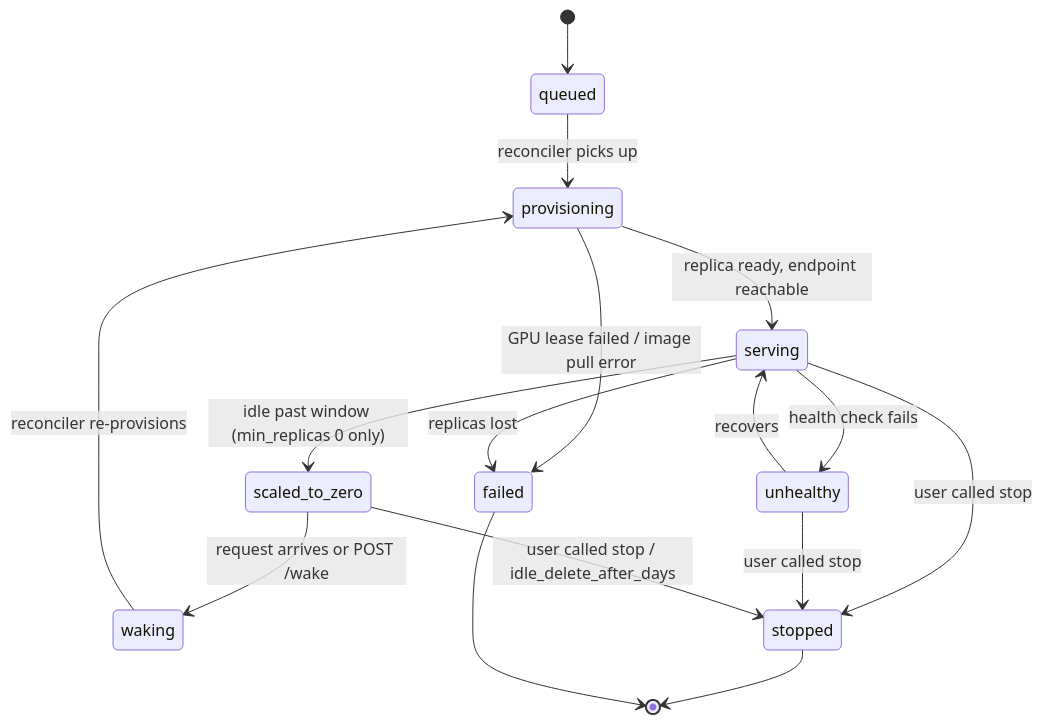
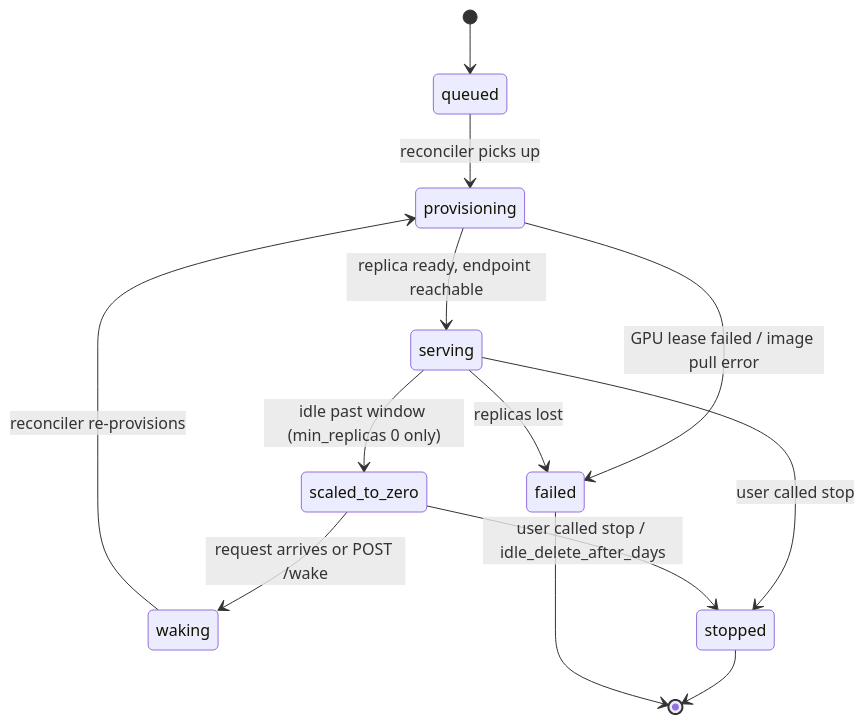
Before and after one commit to DannyMang/documentation: the diagram in deployments.mdx, drawn with Mermaid. The commit also changed other lines of this file and 12 other files, not shown here.

First line of the commit message:
docs: drop unhealthy status, MAX engine, and Hot Aisle serving (cleanup 2026-09-27)

````diff
--- a/deployments.mdx
+++ b/deployments.mdx
@@ -63,18 +63,15 @@
 ```mermaid
 stateDiagram-v2
     [*] --> queued
     queued --> provisioning : reconciler picks up
     provisioning --> serving : replica ready, endpoint reachable
     provisioning --> failed : GPU lease failed / image pull error
-    serving --> unhealthy : health check fails
-    unhealthy --> serving : recovers
     serving --> scaled_to_zero : idle past window (min_replicas 0 only)
     scaled_to_zero --> waking : request arrives or POST /wake
     waking --> provisioning : reconciler re-provisions
     serving --> stopped : user called stop
-    unhealthy --> stopped : user called stop
     scaled_to_zero --> stopped : user called stop / idle_delete_after_days
     serving --> failed : replicas lost
     stopped --> [*]
     failed --> [*]
 ```
````
